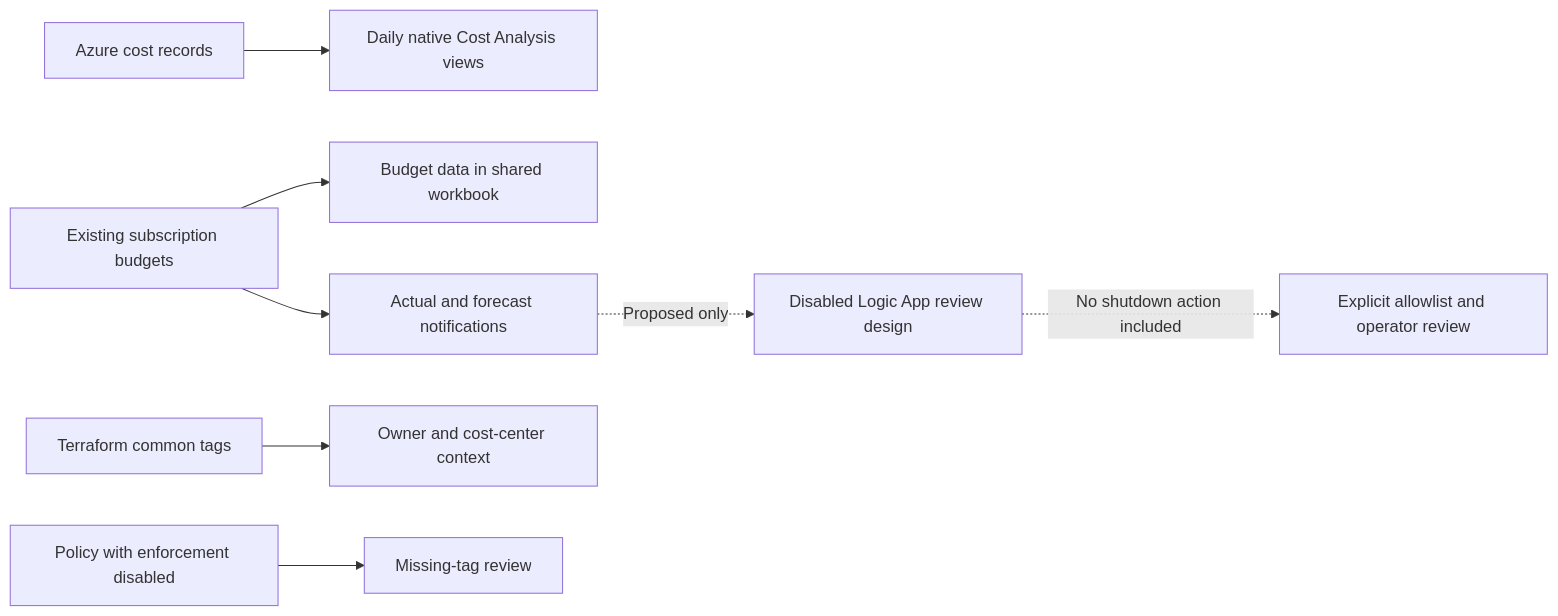
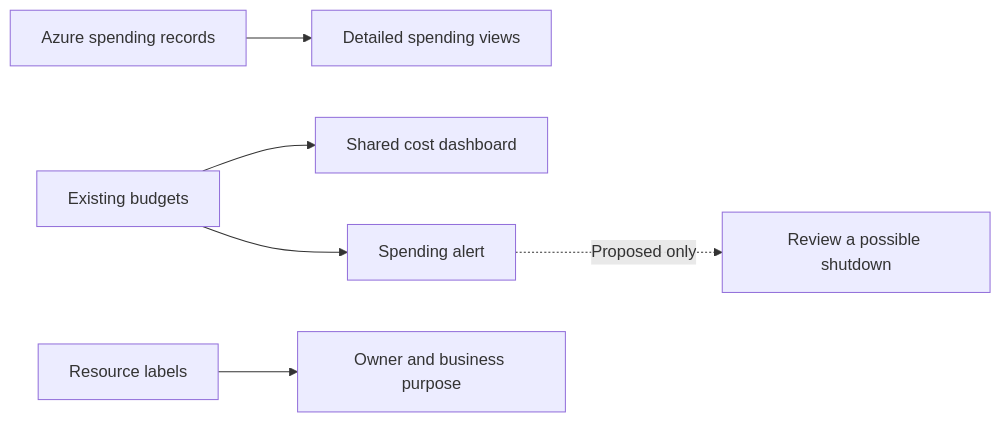
One commit to truthofsource/azure-cost-visibility-tagging-and-finops changed the diagram in README.md. Above: the diagram before and after it, drawn with Mermaid. The commit also changed other lines of this file and 6 other files, not shown here.

````diff
--- a/README.md
+++ b/README.md
@@ -32,10 +33,8 @@
 ```mermaid
 flowchart LR
-  Budgets[Existing subscription budgets] --> Workbook[Budget data in shared workbook]
-  Billing[Azure cost records] --> Views[Daily native Cost Analysis views]
-  Tags[Terraform common tags] --> Ownership[Owner and cost-center context]
-  Policy[Policy with enforcement disabled] --> Gaps[Missing-tag review]
-  Budgets --> Alerts[Actual and forecast notifications]
-  Alerts -. Proposed only .-> Logic[Disabled Logic App review design]
-  Logic -. No shutdown action included .-> Review[Explicit allowlist and operator review]
+  Budgets[Existing budgets] --> Dashboard[Shared cost dashboard]
+  Costs[Azure spending records] --> Details[Detailed spending views]
+  Labels[Resource labels] --> Owners[Owner and business purpose]
+  Budgets --> Alert[Spending alert]
+  Alert -. Proposed only .-> Review[Review a possible shutdown]
 ```
````
